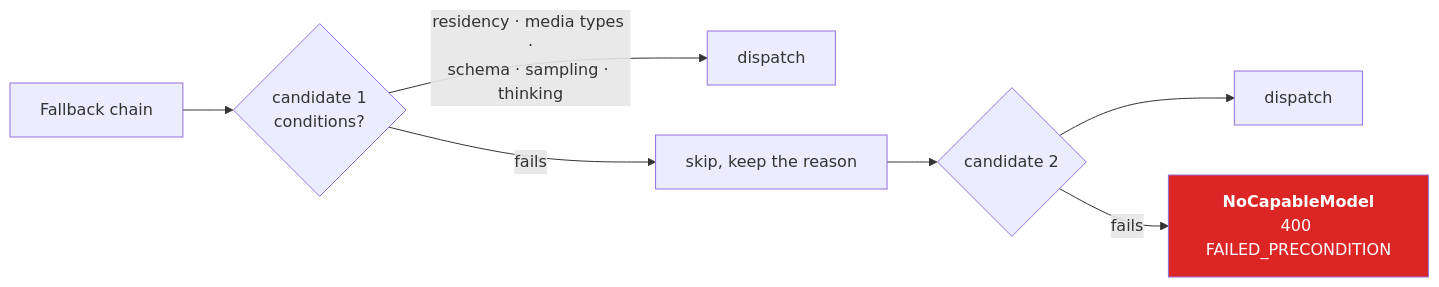
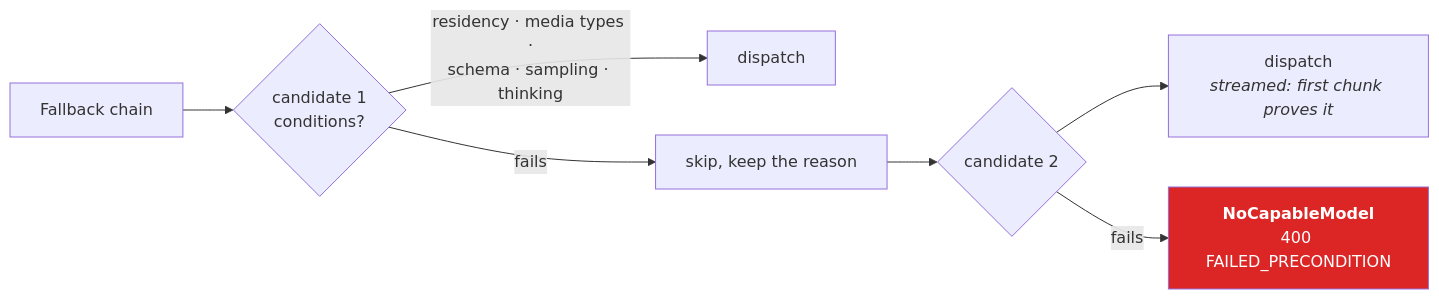
The fourth of 6 diagrams in docs/REQUEST-LIFECYCLE.md (InigoImago/AIRA-Gateway), drawn with Mermaid before and after one commit. The commit also changed other lines of this file and 46 other files, not shown here.

````diff
--- a/docs/REQUEST-LIFECYCLE.md
+++ b/docs/REQUEST-LIFECYCLE.md
@@ -260,11 +268,11 @@
 ```mermaid
 graph LR
     chain["Fallback chain"] --> c1{"candidate 1<br/>conditions?"}
     c1 -->|"residency · media types ·<br/>schema · sampling · thinking"| ok1["dispatch"]
     c1 -->|"fails"| skip1["skip, keep the reason"]
     skip1 --> c2{"candidate 2"}
-    c2 --> ok2["dispatch"]
+    c2 --> ok2["dispatch<br/><i>streamed: first chunk proves it</i>"]
     c2 -->|"fails"| none["<b>NoCapableModel</b><br/>400 FAILED_PRECONDITION"]
 
     style none fill:#dc2626,color:#fff
 ```
````
